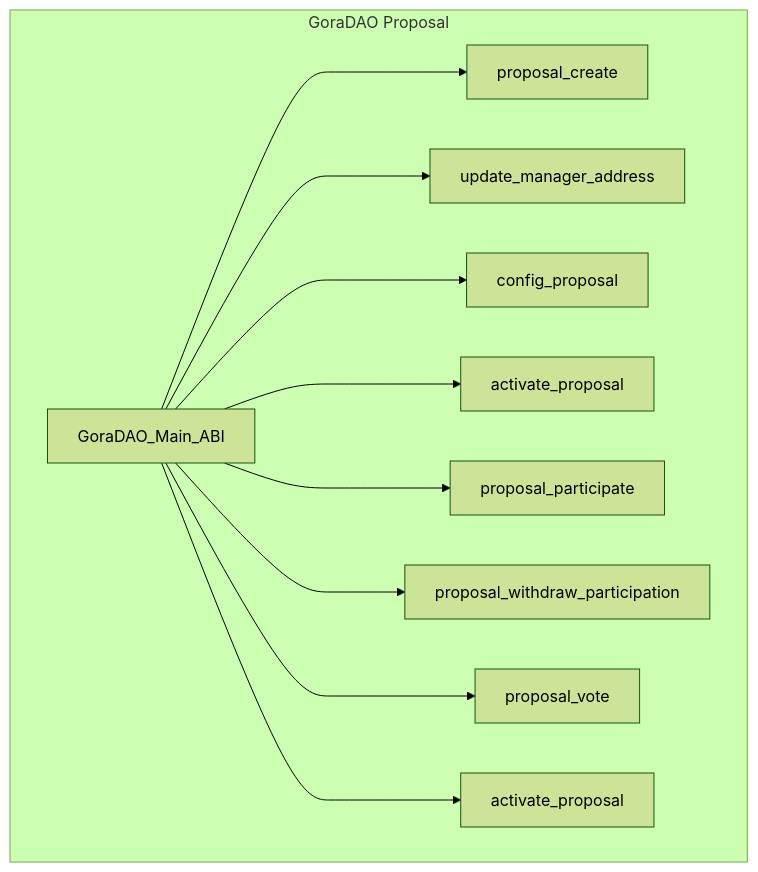
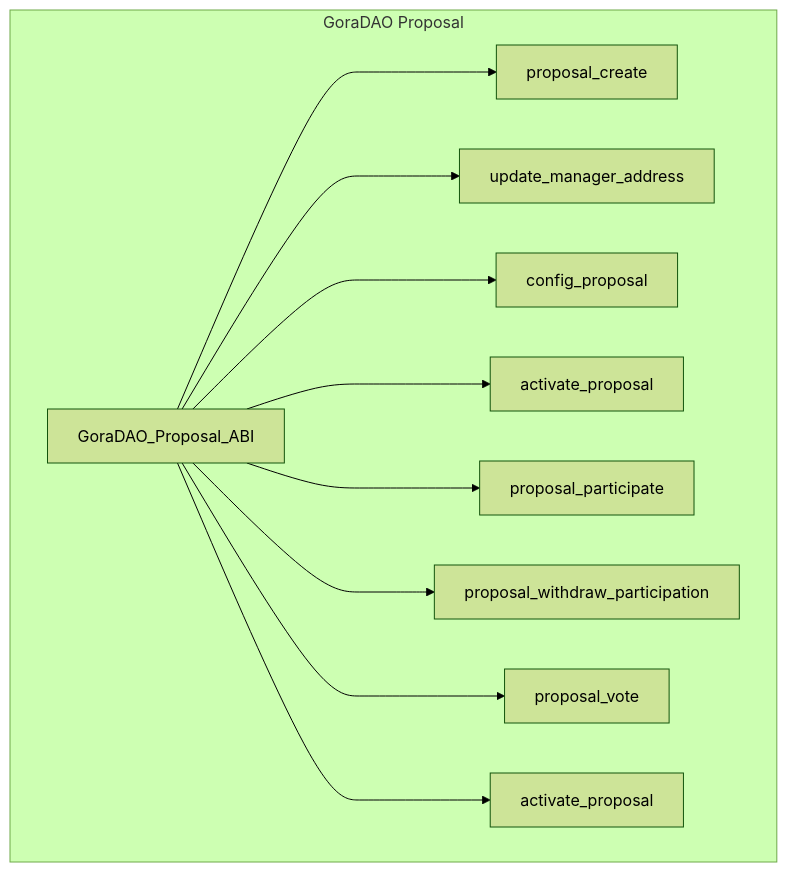
The seventh of 8 diagrams in README.md (GoraNetwork/gora-dao-smartcontracts), drawn with Mermaid (forest theme) before and after one commit. The commit also changed other lines of this file, not shown here.

````diff
--- a/README.md
+++ b/README.md
@@ -262,30 +262,30 @@
 ```mermaid
 
 graph TB
  
       subgraph GoraDAO Proposal
             GoraDAO_Proposal[GoraDAO_Proposal_ABI]
             Proposal_Create[proposal_create]
             Update_Manager_address[update_manager_address]
             Configure_Proposal[config_proposal]
             Activate_Voting[activate_proposal]
             Proposal_Participate[proposal_participate]
             Proposal_Withdraw_Participation[proposal_withdraw_participation]
             Proposal_Vote[proposal_vote]
             Force_Close_Proposal[activate_proposal]
        
         end
       
 
-      GoraDAO_Proposal[GoraDAO_Main_ABI] ---> Proposal_Create
-      GoraDAO_Proposal[GoraDAO_Main_ABI] ---> Update_Manager_address
+      GoraDAO_Proposal[GoraDAO_Proposal_ABI] ---> Proposal_Create
+      GoraDAO_Proposal[GoraDAO_Proposal_ABI] ---> Update_Manager_address
 
-      GoraDAO_Proposal[GoraDAO_Main_ABI] ---> Configure_Proposal
-      GoraDAO_Proposal[GoraDAO_Main_ABI] ---> Activate_Voting
-      GoraDAO_Proposal[GoraDAO_Main_ABI] ---> Proposal_Participate
-      GoraDAO_Proposal[GoraDAO_Main_ABI] ---> Proposal_Withdraw_Participation
-      GoraDAO_Proposal[GoraDAO_Main_ABI] ---> Proposal_Vote
-      GoraDAO_Proposal[GoraDAO_Main_ABI] ---> Force_Close_Proposal
+      GoraDAO_Proposal[GoraDAO_Proposal_ABI] ---> Configure_Proposal
+      GoraDAO_Proposal[GoraDAO_Proposal_ABI] ---> Activate_Voting
+      GoraDAO_Proposal[GoraDAO_Proposal_ABI] ---> Proposal_Participate
+      GoraDAO_Proposal[GoraDAO_Proposal_ABI] ---> Proposal_Withdraw_Participation
+      GoraDAO_Proposal[GoraDAO_Proposal_ABI] ---> Proposal_Vote
+      GoraDAO_Proposal[GoraDAO_Proposal_ABI] ---> Force_Close_Proposal
  
 
 ```
````
